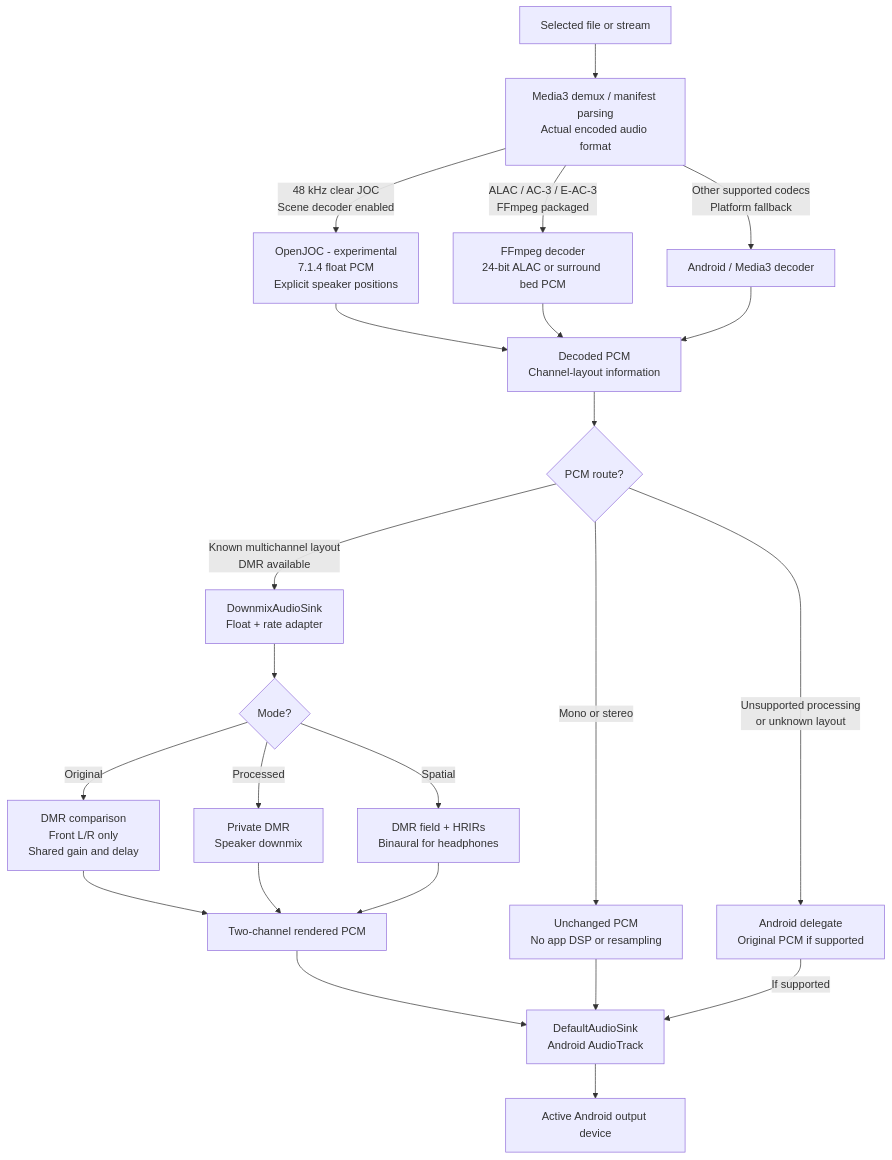
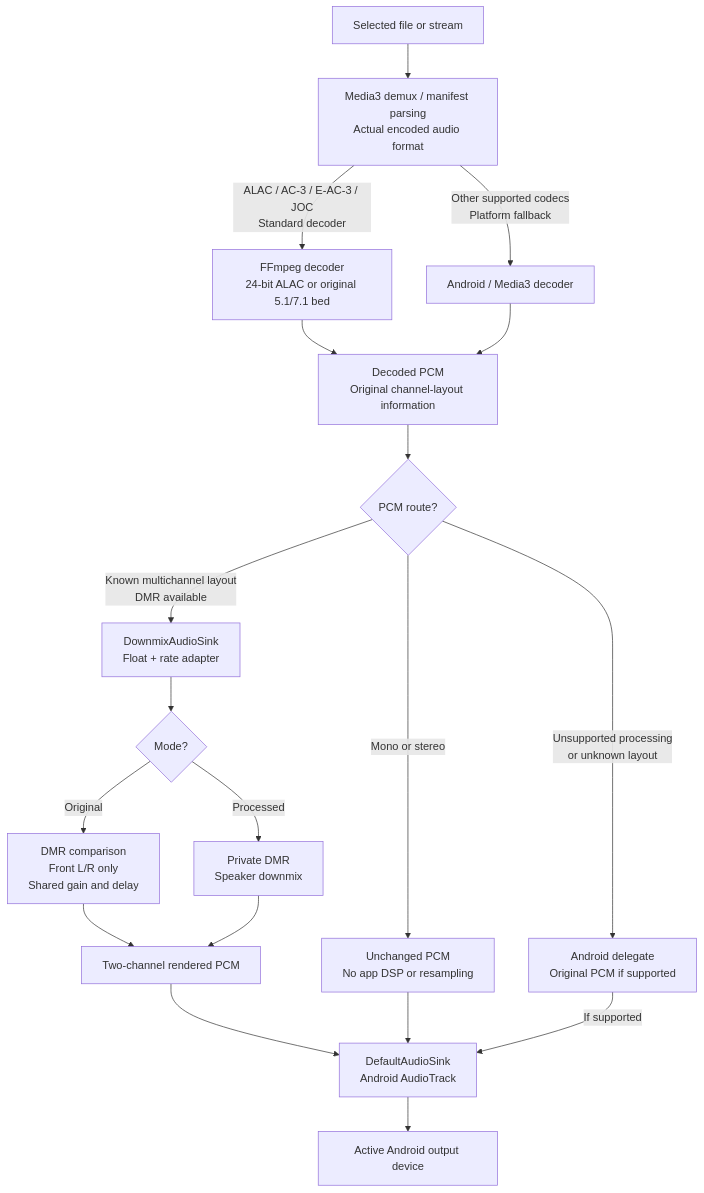
One commit to Pradyumna-RN/omni_play changed the second of 4 diagrams in README.md. Above: the diagram before and after it, drawn with Mermaid. The commit also changed other lines of this file and 33 other files, not shown here.

Commit message:
Use standard surround bed and original DMR in Music

````diff
--- a/README.md
+++ b/README.md
@@ -62,26 +62,23 @@
 ```mermaid
 flowchart TB
     INPUT["Selected file or stream"] --> DEMUX["Media3 demux / manifest parsing<br/>Actual encoded audio format"]
-    DEMUX -->|"48 kHz clear JOC<br/>Scene decoder enabled"| JOC["OpenJOC - experimental<br/>7.1.4 float PCM<br/>Explicit speaker positions"]
-    DEMUX -->|"ALAC / AC-3 / E-AC-3<br/>FFmpeg packaged"| FFMPEG["FFmpeg decoder<br/>24-bit ALAC or surround bed PCM"]
+    DEMUX -->|"ALAC / AC-3 / E-AC-3 / JOC<br/>Standard decoder"| FFMPEG["FFmpeg decoder<br/>24-bit ALAC or original 5.1/7.1 bed"]
     DEMUX -->|"Other supported codecs<br/>Platform fallback"| PLATFORM["Android / Media3 decoder"]
-    JOC --> PCM["Decoded PCM<br/>Channel-layout information"]
+    PCM["Decoded PCM<br/>Original channel-layout information"]
     FFMPEG --> PCM
     PLATFORM --> PCM
     PCM --> CHANNELS{"PCM route?"}
 
     CHANNELS -->|"Mono or stereo"| BYPASS["Unchanged PCM<br/>No app DSP or resampling"]
     CHANNELS -->|"Known multichannel layout<br/>DMR available"| ADAPT["DownmixAudioSink<br/>Float + rate adapter"]
     CHANNELS -->|"Unsupported processing<br/>or unknown layout"| ORIGINAL["Android delegate<br/>Original PCM if supported"]
     ADAPT --> MODE{"Mode?"}
     MODE -->|"Original"| FRONT["DMR comparison<br/>Front L/R only<br/>Shared gain and delay"]
     MODE -->|"Processed"| DMR["Private DMR<br/>Speaker downmix"]
-    MODE -->|"Spatial"| SPATIAL["DMR field + HRIRs<br/>Binaural for headphones"]
     FRONT --> STEREO["Two-channel rendered PCM"]
     DMR --> STEREO
-    SPATIAL --> STEREO
     STEREO --> SINK["DefaultAudioSink<br/>Android AudioTrack"]
     BYPASS --> SINK
     ORIGINAL -->|"If supported"| SINK
     SINK --> DEVICE["Active Android output device"]
 ```
````
